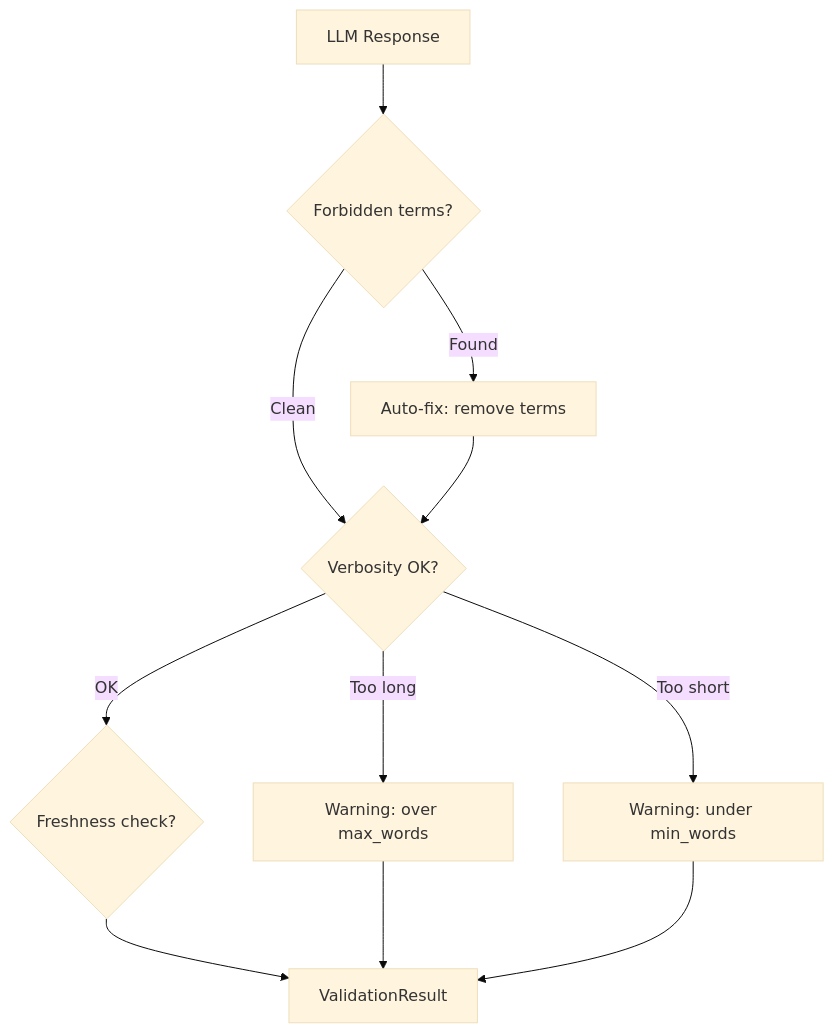
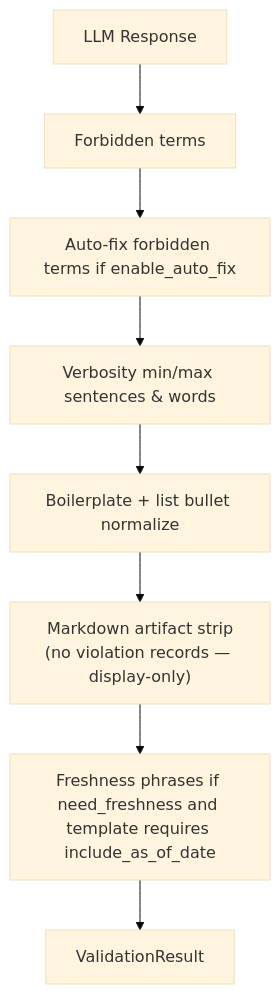
One commit to mayad123/movieAgent changed the fifth of 6 diagrams in docs/features/prompting/PROMPT_PIPELINE.md. Above: the diagram before and after it, drawn with Mermaid (base theme). The commit also changed other lines of this file and 128 other files, not shown here.

````diff
--- a/docs/features/prompting/PROMPT_PIPELINE.md
+++ b/docs/features/prompting/PROMPT_PIPELINE.md
@@ -207,13 +229,10 @@
 ```mermaid
 flowchart TD
-    RESPONSE["LLM Response"] --> FT{"Forbidden terms?"}
-    FT -->|Found| FIX["Auto-fix: remove terms"]
-    FT -->|Clean| VERB{"Verbosity OK?"}
-    FIX --> VERB
-    VERB -->|Too long| WARN_LONG["Warning: over max_words"]
-    VERB -->|Too short| WARN_SHORT["Warning: under min_words"]
-    VERB -->|OK| FRESH{"Freshness check?"}
+    RESPONSE["LLM Response"] --> FT["Forbidden terms"]
+    FT --> AF["Auto-fix forbidden terms if enable_auto_fix"]
+    AF --> VERB["Verbosity min/max sentences & words"]
+    VERB --> BP["Boilerplate + list bullet normalize"]
+    BP --> MD["Markdown artifact strip<br/>(no violation records — display-only)"]
+    MD --> FRESH["Freshness phrases if need_freshness and template requires include_as_of_date"]
     FRESH --> RESULT["ValidationResult"]
-    WARN_LONG --> RESULT
-    WARN_SHORT --> RESULT
 ```
````
